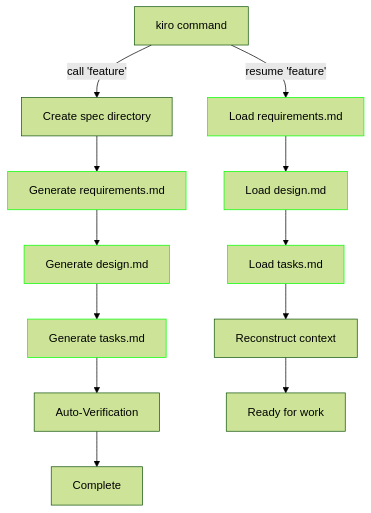
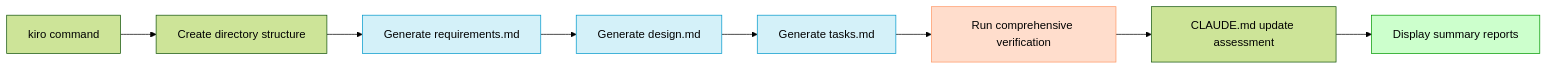
The second of 6 diagrams in example-project/gemini-tools/GEMINI_README.md (bizzkoot/kiro_style_claude_code), drawn with Mermaid (forest theme) before and after one commit. The commit also changed other lines of this file and 1 other file, not shown here.

First line of the commit message:
feat: Implement complete TAD lifecycle with comprehensive documentation

````diff
--- a/example-project/gemini-tools/GEMINI_README.md
+++ b/example-project/gemini-tools/GEMINI_README.md
@@ -91,22 +98,16 @@
 ```mermaid
-flowchart TD
-    A[kiro command] -->|"call 'feature'"| B[Create spec directory]
+flowchart LR
+    A[kiro command] --> B[Create directory structure]
     B --> C[Generate requirements.md]
     C --> D[Generate design.md]
     D --> E[Generate tasks.md]
-    E --> F[Auto-Verification]
-    F --> G[Complete]
-    
-    A -->|"resume 'feature'"| H[Load requirements.md]
-    H --> I[Load design.md]
-    I --> J[Load tasks.md]
-    J --> K[Reconstruct context]
-    K --> L[Ready for work]
-    
-    style C stroke:#0f0
-    style D stroke:#0f0
-    style E stroke:#0f0
-    style H stroke:#0f0
-    style I stroke:#0f0
-    style J stroke:#0f0
+    E --> F[Run comprehensive verification]
+    F --> G[CLAUDE.md update assessment]
+    G --> H[Display summary reports]
+
+    style C fill:#d4f1f9,stroke:#0099cc
+    style D fill:#d4f1f9,stroke:#0099cc
+    style E fill:#d4f1f9,stroke:#0099cc
+    style F fill:#ffddcc,stroke:#ff9966
+    style H fill:#ccffcc,stroke:#009900
 ```
````
